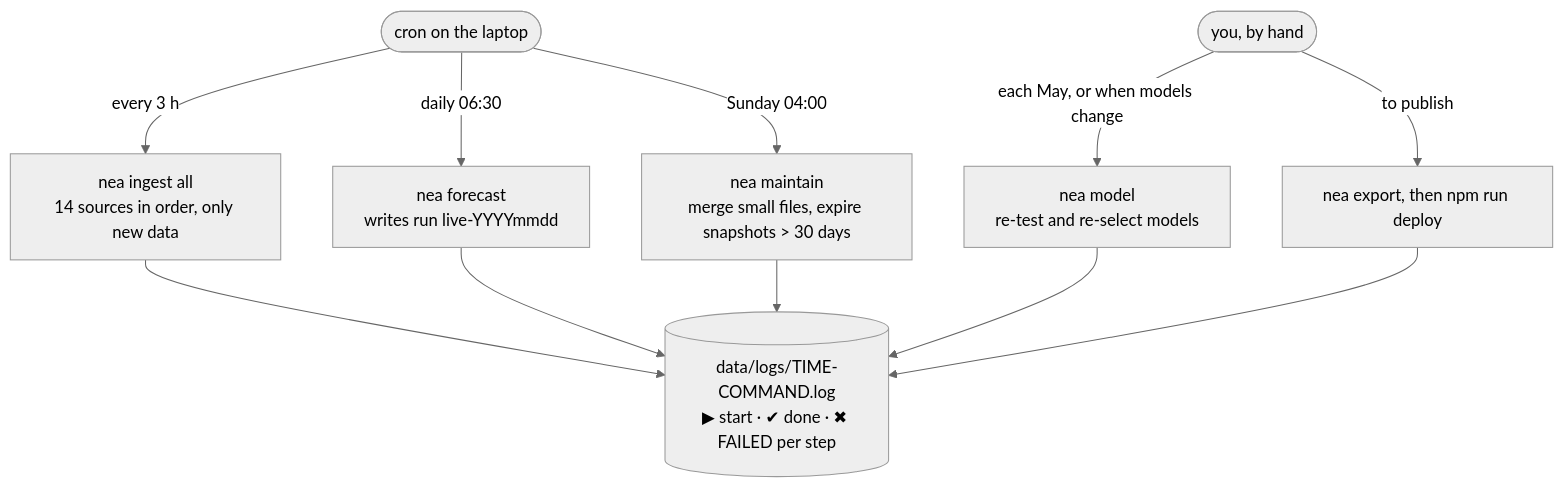
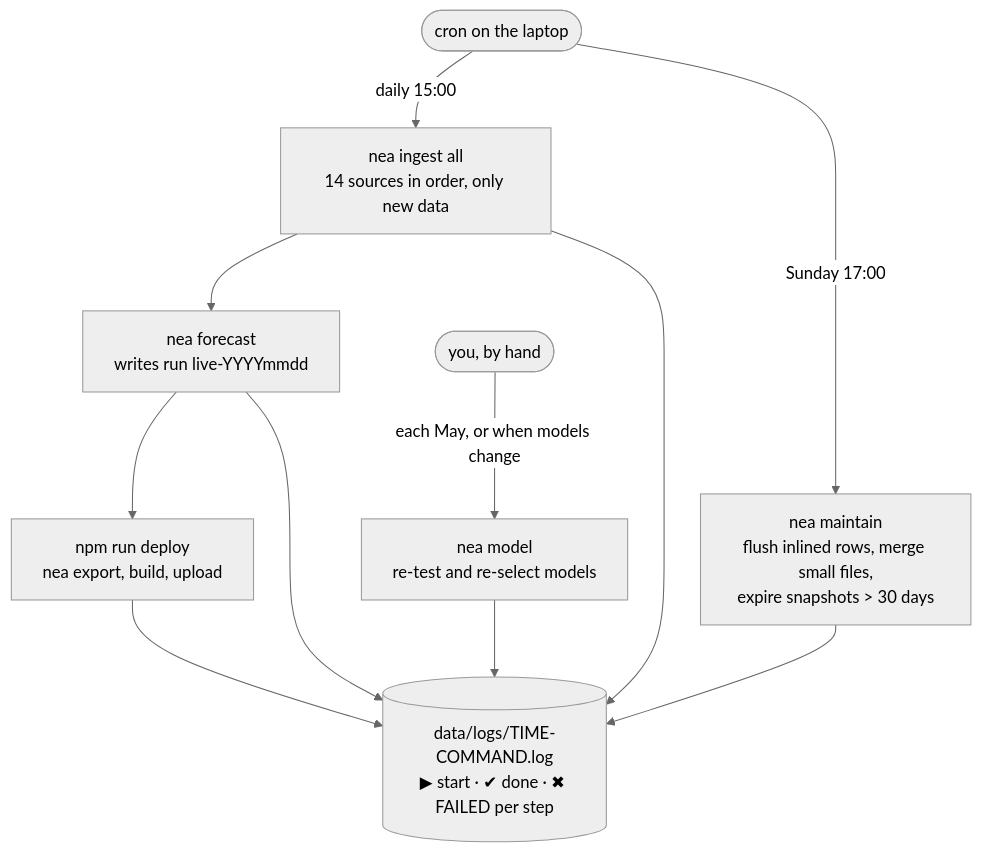
Before and after one commit to amritphuyal/NEA_Demand_Forecast_Duck_DB: the second of 4 diagrams in site/src/architecture.md, drawn with Mermaid (neutral theme). The commit also changed 3 other files, not shown here.

````diff
--- a/site/src/architecture.md
+++ b/site/src/architecture.md
@@ -66,11 +66,11 @@
 ```mermaid
 flowchart TB
   cron(["cron on the laptop"])
-  cron -->|every 3 h| ing["nea ingest all<br>14 sources in order, only new data"]
-  cron -->|daily 06:30| fc["nea forecast<br>writes run live-YYYYmmdd"]
-  cron -->|Sunday 04:00| mt["nea maintain<br>merge small files, expire snapshots > 30 days"]
+  cron -->|daily 15:00| ing["nea ingest all<br>14 sources in order, only new data"]
+  ing --> fc["nea forecast<br>writes run live-YYYYmmdd"]
+  fc --> pub["npm run deploy<br>nea export, build, upload"]
+  cron -->|Sunday 17:00| mt["nea maintain<br>flush inlined rows, merge small files,<br>expire snapshots > 30 days"]
   you(["you, by hand"])
   you -->|each May, or when models change| mdl["nea model<br>re-test and re-select models"]
-  you -->|to publish| pub["nea export, then npm run deploy"]
   ing & fc & mt & mdl & pub --> logs[("data/logs/TIME-COMMAND.log<br>▶ start · ✔ done · ✖ FAILED per step")]
 ```
````
